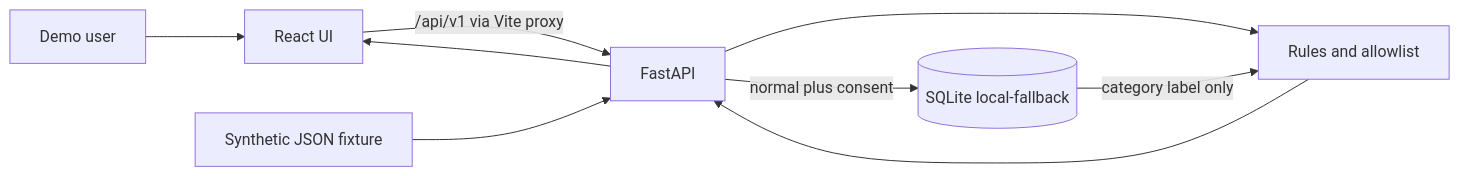
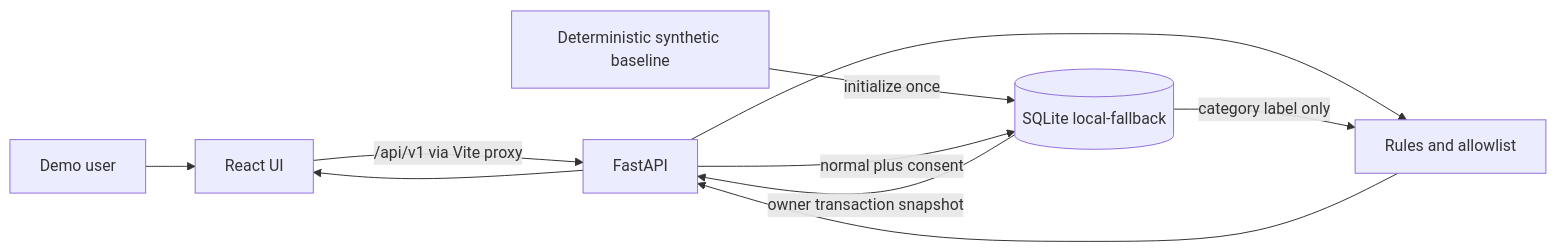
The diagram in ARCHITECTURE.md (BrianChengEn/trustledger), drawn with Mermaid before and after one commit. The commit also changed other lines of this file and 14 other files, not shown here.

````diff
--- a/ARCHITECTURE.md
+++ b/ARCHITECTURE.md
@@ -18,18 +18,19 @@
 ```mermaid
 flowchart LR
   user[Demo user]
   ui[React UI]
   api[FastAPI]
-  fixture[Synthetic JSON fixture]
+  fixture[Deterministic synthetic baseline]
   rules[Rules and allowlist]
   db[(SQLite local-fallback)]
 
   user --> ui
   ui -->|/api/v1 via Vite proxy| api
-  fixture --> api
+  fixture -->|initialize once| db
+  db -->|owner transaction snapshot| api
   api --> rules
   rules --> api
   api --> ui
   api -->|normal plus consent| db
   db -->|category label only| rules
 ```
````
